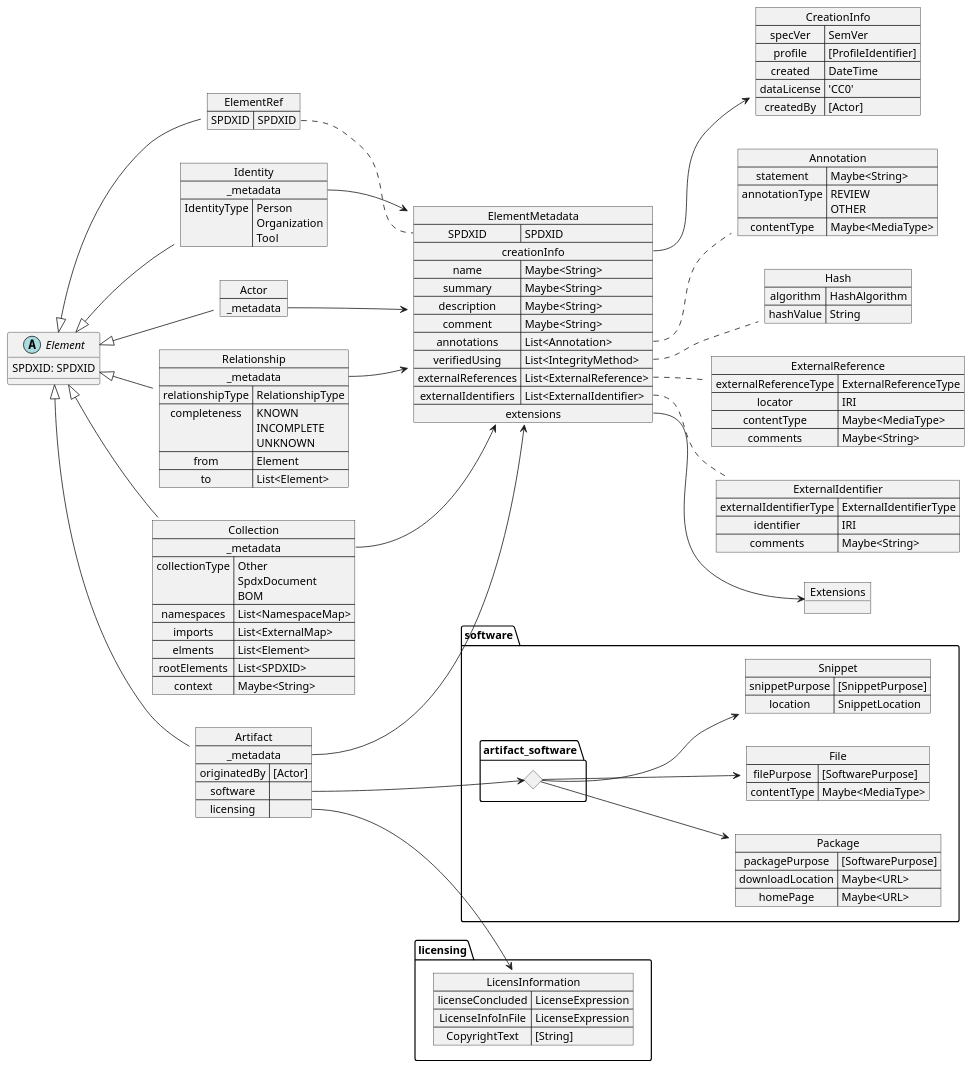
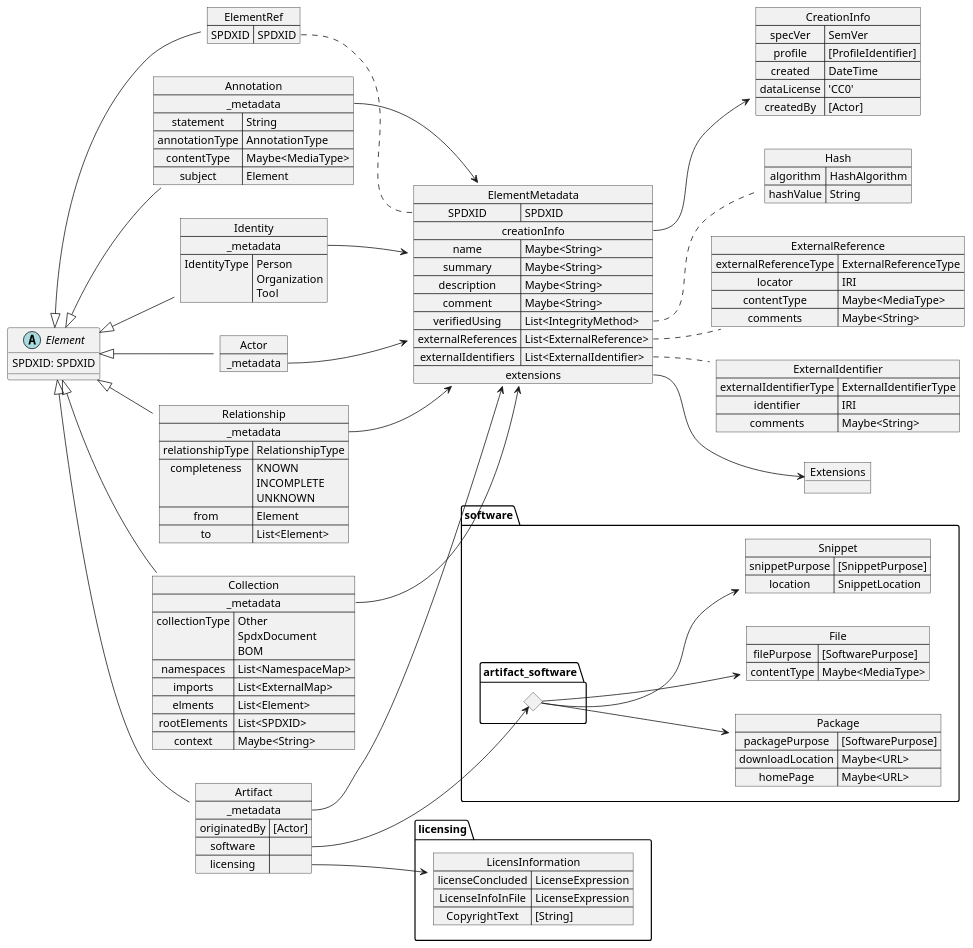
One commit to maxhbr/spdx-3-model.compositional changed the diagram in model.puml. Above: the diagram before and after it, drawn with PlantUML. The commit also changed 1 other file, not shown here.

```diff
--- a/model.puml
+++ b/model.puml
@@ -18,18 +18,11 @@
     summary => Maybe<String>
     description => Maybe<String>
     comment => Maybe<String>
-    annotations => List<Annotation>
     verifiedUsing => List<IntegrityMethod>
     externalReferences => List<ExternalReference>
     externalIdentifiers => List<ExternalIdentifier>
     extensions *--> Extensions
 }
-map Annotation {
-    statement => Maybe<String>
-    annotationType => REVIEW\nOTHER
-    contentType => Maybe<MediaType>
-}
-ElementMetadata::annotations .. Annotation
 map ExternalReference {
     externalReferenceType => ExternalReferenceType
     locator => IRI
@@ -84,6 +77,13 @@
     IdentityType => Person\nOrganization\nTool
 }
 
+map Annotation {
+    _metadata *--> ElementMetadata
+    statement => String
+    annotationType => AnnotationType
+    contentType => Maybe<MediaType>
+    subject => Element
+}
 
 package software {
     map Package {
@@ -135,6 +135,7 @@
 Element <|-- Relationship
 Element <|-- Collection
 Element <|-- Artifact
+Element <|-- Annotation
 
 }
 
```
